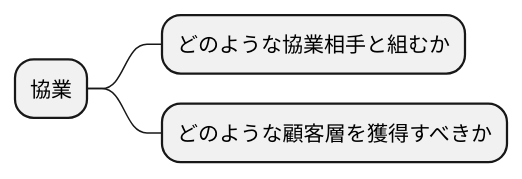
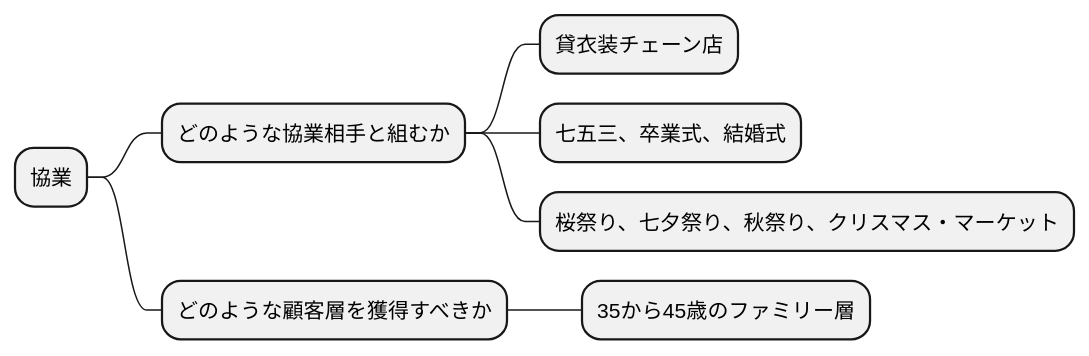
The ninth of 11 diagrams in docs/R01/study/study_2_take01.md (k2works/requirements_definition_excercise), drawn with PlantUML before and after one commit. The commit also changed other lines of this file, not shown here.

````diff
--- a/docs/R01/study/study_2_take01.md
+++ b/docs/R01/study/study_2_take01.md
@@ -254,9 +262,13 @@
 ```plantuml
 @startmindmap
 
 * 協業
 ** どのような協業相手と組むか
+*** 貸衣装チェーン店
+*** 七五三、卒業式、結婚式
+*** 桜祭り、七夕祭り、秋祭り、クリスマス・マーケット
 ** どのような顧客層を獲得すべきか
+*** 35から45歳のファミリー層
 
 @endmindmap
 ```
````
